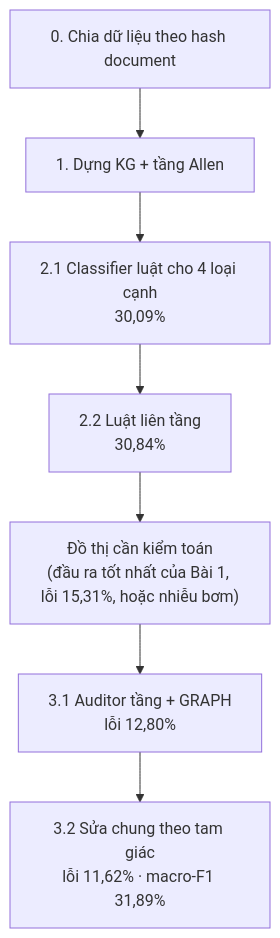
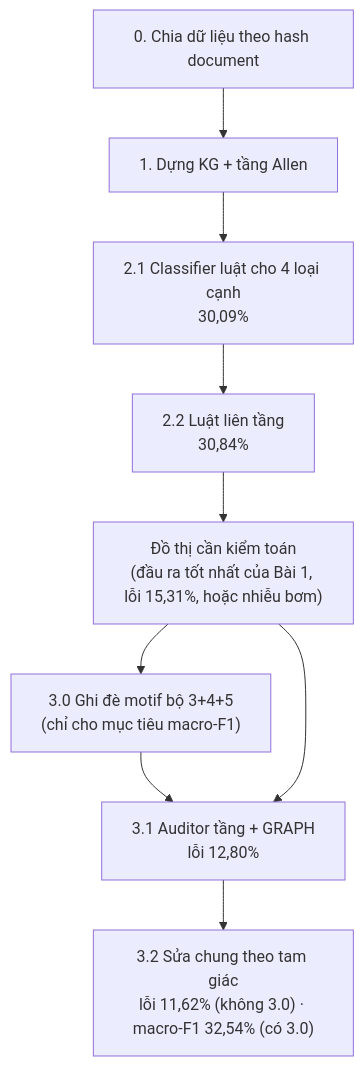
Before and after one commit to Pigeon102/TempEKG: the sixth of 6 diagrams in report/TEMPEKG_KIEN_TRUC.md, drawn with Mermaid. The commit also changed other lines of this file and 21 other files, not shown here.

````diff
--- a/report/TEMPEKG_KIEN_TRUC.md
+++ b/report/TEMPEKG_KIEN_TRUC.md
@@ -246,9 +246,11 @@
 ```mermaid
 flowchart TB
     S0["0. Chia dữ liệu theo hash document"] --> S1["1. Dựng KG + tầng Allen"]
     S1 --> S21["2.1 Classifier luật cho 4 loại cạnh<br/>30,09%"]
     S21 --> S22["2.2 Luật liên tầng<br/>30,84%"]
     S22 --> N["Đồ thị cần kiểm toán<br/>(đầu ra tốt nhất của Bài 1, lỗi 15,31%, hoặc nhiễu bơm)"]
+    N --> S30["3.0 Ghi đè motif bộ 3+4+5<br/>(chỉ cho mục tiêu macro-F1)"]
+    S30 --> S31
     N --> S31["3.1 Auditor tầng + GRAPH<br/>lỗi 12,80%"]
-    S31 --> S32["3.2 Sửa chung theo tam giác<br/>lỗi 11,62% · macro-F1 31,89%"]
+    S31 --> S32["3.2 Sửa chung theo tam giác<br/>lỗi 11,62% (không 3.0) · macro-F1 32,54% (có 3.0)"]
 ```
````
